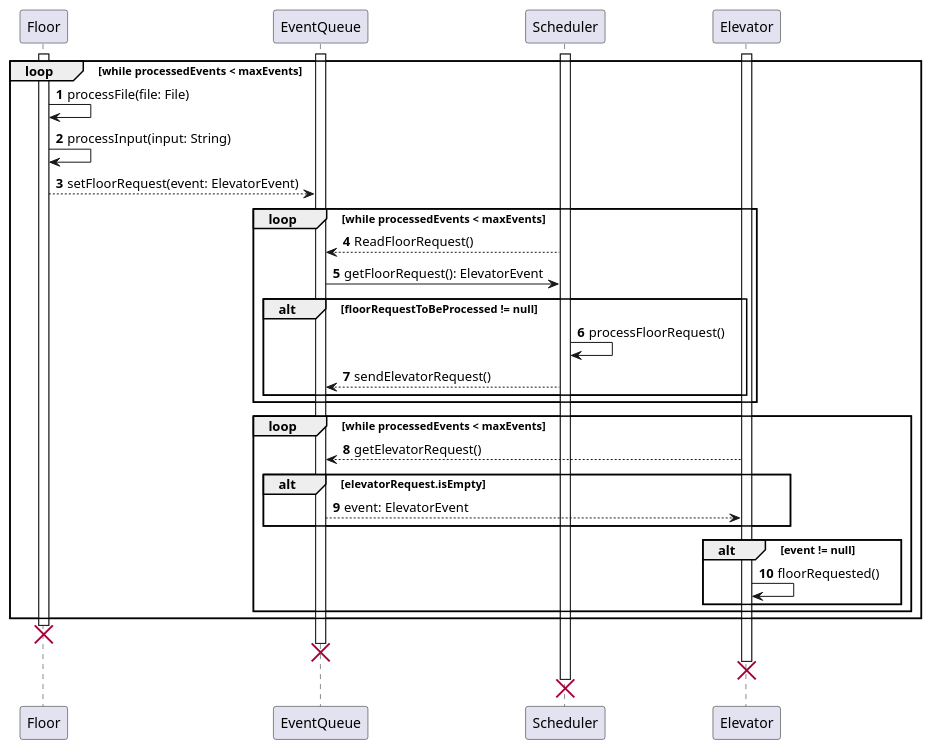
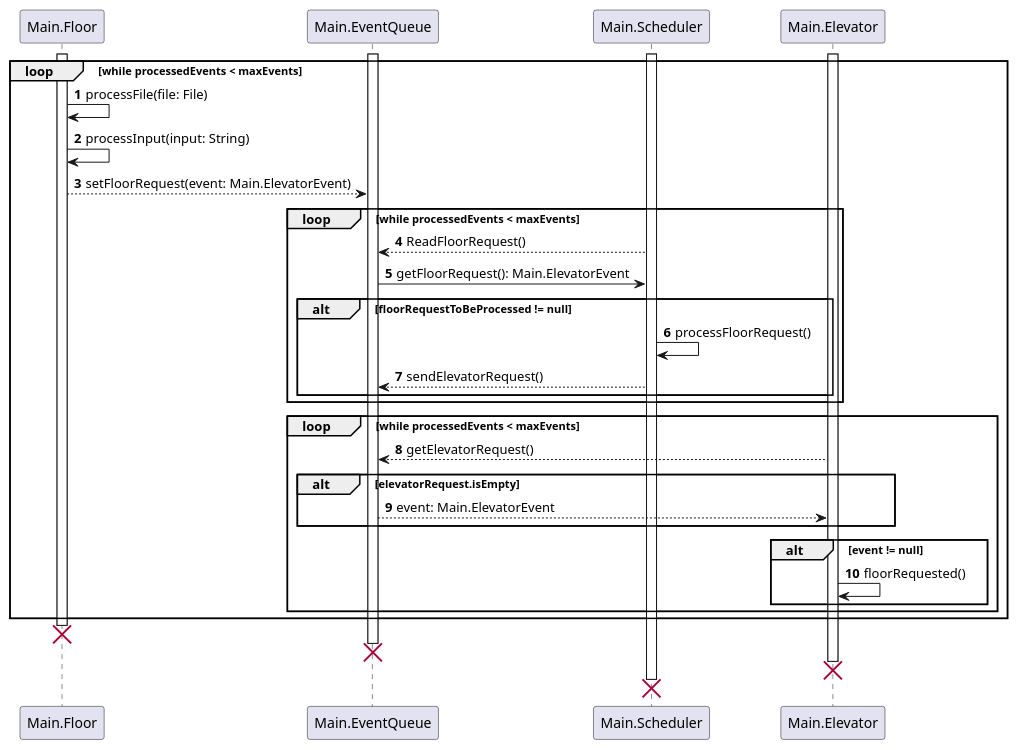
The diagram in SequenceDiagram.puml (Sgt-Roukoz/SYSC3303-Project), drawn with PlantUML before and after one commit. The commit also changed 14 other files, not shown here.

```diff
--- a/SequenceDiagram.puml
+++ b/SequenceDiagram.puml
@@ -1,39 +1,39 @@
 @startuml
 'https://plantuml.com/sequence-diagram
 
 autonumber
 
-activate Floor
-activate EventQueue
-activate Scheduler
-activate Elevator
+activate Main.Floor
+activate Main.EventQueue
+activate Main.Scheduler
+activate Main.Elevator
 loop while processedEvents < maxEvents
-    Floor -> Floor: processFile(file: File)
-    Floor -> Floor: processInput(input: String)
-    Floor --> EventQueue: setFloorRequest(event: ElevatorEvent)
+    Main.Floor -> Main.Floor: processFile(file: File)
+    Main.Floor -> Main.Floor: processInput(input: String)
+    Main.Floor --> Main.EventQueue: setFloorRequest(event: Main.ElevatorEvent)
 
     loop while processedEvents < maxEvents
-        Scheduler --> EventQueue: ReadFloorRequest()
-        EventQueue -> Scheduler: getFloorRequest(): ElevatorEvent
+        Main.Scheduler --> Main.EventQueue: ReadFloorRequest()
+        Main.EventQueue -> Main.Scheduler: getFloorRequest(): Main.ElevatorEvent
         alt floorRequestToBeProcessed != null
-            Scheduler -> Scheduler: processFloorRequest()
-            Scheduler --> EventQueue: sendElevatorRequest()
+            Main.Scheduler -> Main.Scheduler: processFloorRequest()
+            Main.Scheduler --> Main.EventQueue: sendElevatorRequest()
         end
     end
 
     loop while processedEvents < maxEvents
-        Elevator --> EventQueue: getElevatorRequest()
+        Main.Elevator --> Main.EventQueue: getElevatorRequest()
         alt elevatorRequest.isEmpty
-            EventQueue --> Elevator: event: ElevatorEvent
+            Main.EventQueue --> Main.Elevator: event: Main.ElevatorEvent
         end
         alt event != null
-            Elevator -> Elevator: floorRequested()
+            Main.Elevator -> Main.Elevator: floorRequested()
         end
     end
 end
 
-destroy Floor
-destroy EventQueue
-destroy Elevator
-destroy Scheduler
+destroy Main.Floor
+destroy Main.EventQueue
+destroy Main.Elevator
+destroy Main.Scheduler
 @enduml
```
